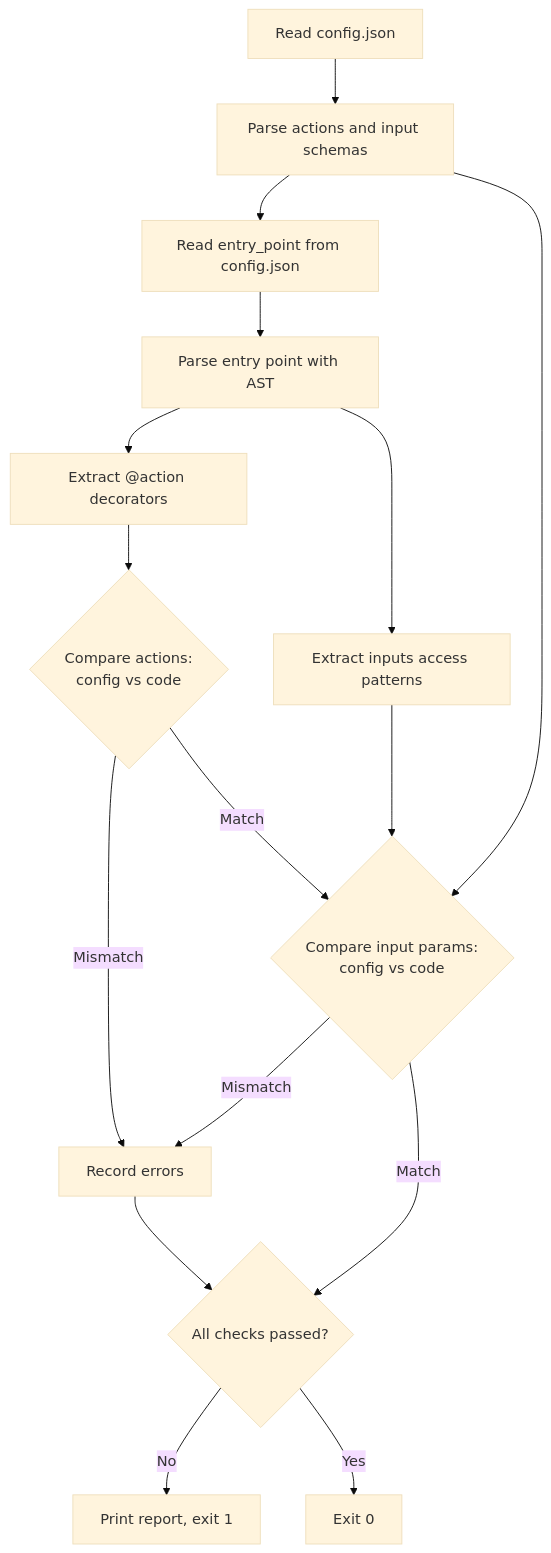
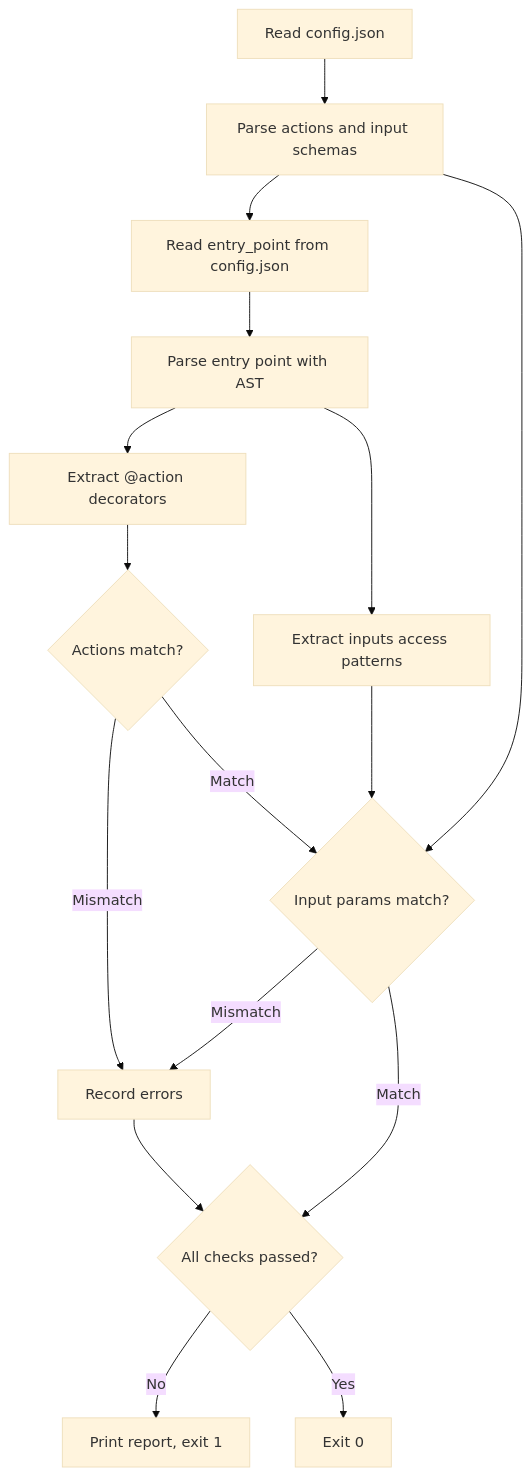
Before and after one commit to Autohive-AI/autohive-integrations-tooling: the diagram in scripts/docs/check_config_sync.md, drawn with Mermaid (base theme). The commit also changed 1 other file, not shown here.

Commit message:
docs: simplify mermaid diagrams for reliable GitHub rendering

````diff
--- a/scripts/docs/check_config_sync.md
+++ b/scripts/docs/check_config_sync.md
@@ -64,18 +64,18 @@
 ```mermaid
 flowchart TD
     A[Read config.json] --> B[Parse actions and input schemas]
     B --> C[Read entry_point from config.json]
     C --> D[Parse entry point with AST]
     D --> E[Extract @action decorators]
     D --> F[Extract inputs access patterns]
-    E --> G{Compare actions:\nconfig vs code}
+    E --> G{Actions match?}
     G -->|Mismatch| H[Record errors]
-    G -->|Match| I{Compare input params:\nconfig vs code}
+    G -->|Match| I{Input params match?}
     F --> I
     B --> I
     I -->|Mismatch| H
     I -->|Match| J{All checks passed?}
     H --> J
     J -->|No| K[Print report, exit 1]
     J -->|Yes| L[Exit 0]
 ```
````
